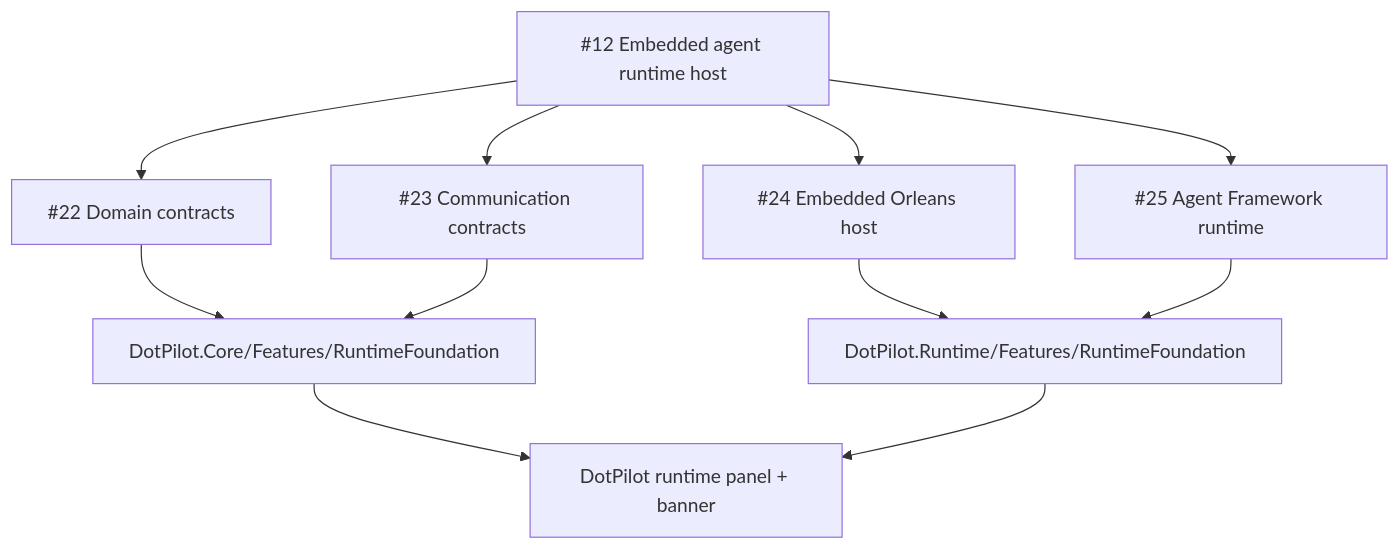
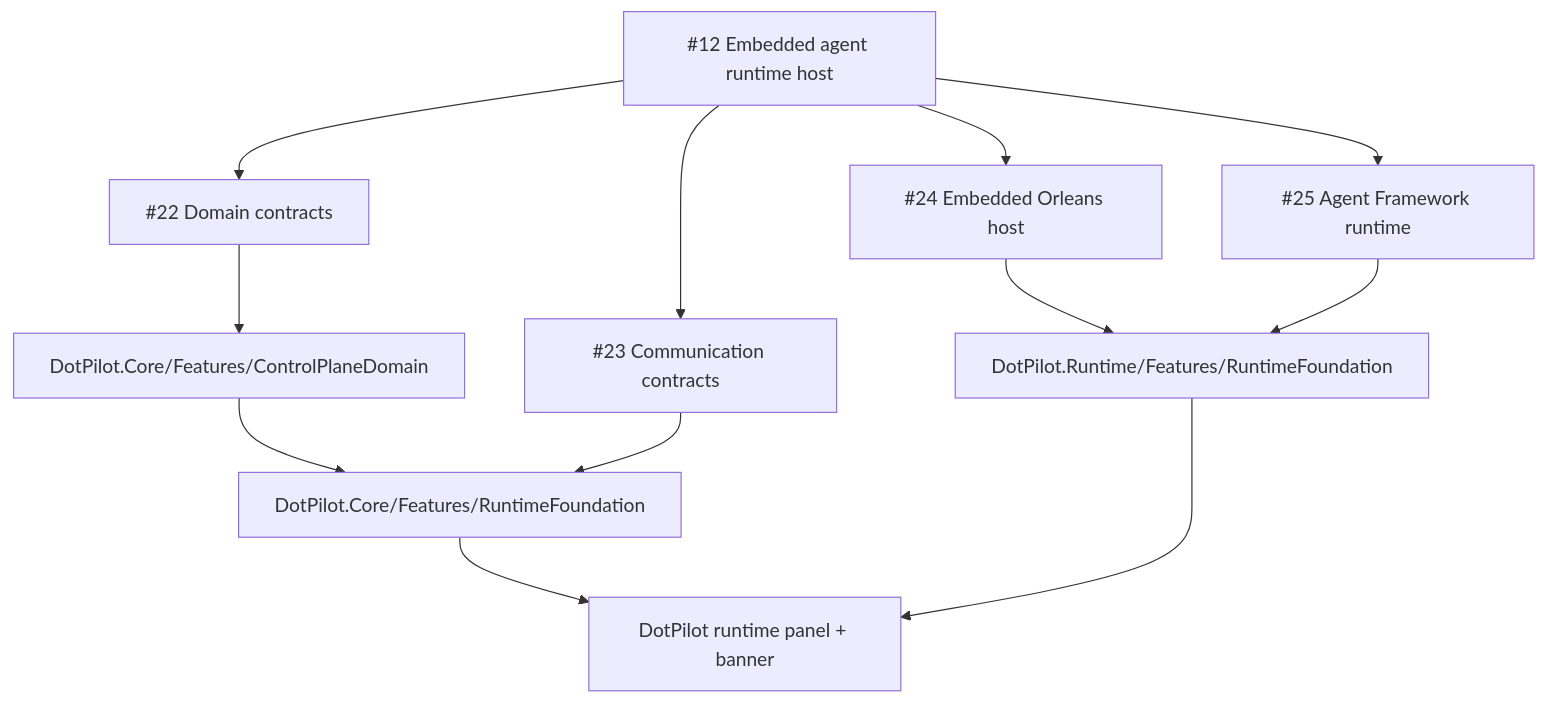
One commit to managedcode/dotPilot changed the second of 3 diagrams in docs/Architecture.md. Above: the diagram before and after it, drawn with Mermaid. The commit also changed other lines of this file and 19 other files, not shown here.

Commit message:
Define control-plane domain contracts

````diff
--- a/docs/Architecture.md
+++ b/docs/Architecture.md
@@ -60,22 +61,24 @@
 ```mermaid
 flowchart TD
   Epic["#12 Embedded agent runtime host"]
   Domain["#22 Domain contracts"]
   Comm["#23 Communication contracts"]
   Host["#24 Embedded Orleans host"]
   MAF["#25 Agent Framework runtime"]
+  DomainSlice["DotPilot.Core/Features/ControlPlaneDomain"]
   CoreSlice["DotPilot.Core/Features/RuntimeFoundation"]
   RuntimeSlice["DotPilot.Runtime/Features/RuntimeFoundation"]
   UiSlice["DotPilot runtime panel + banner"]
 
   Epic --> Domain
   Epic --> Comm
   Epic --> Host
   Epic --> MAF
-  Domain --> CoreSlice
+  Domain --> DomainSlice
+  DomainSlice --> CoreSlice
   Comm --> CoreSlice
   Host --> RuntimeSlice
   MAF --> RuntimeSlice
   CoreSlice --> UiSlice
   RuntimeSlice --> UiSlice
 ```
````
